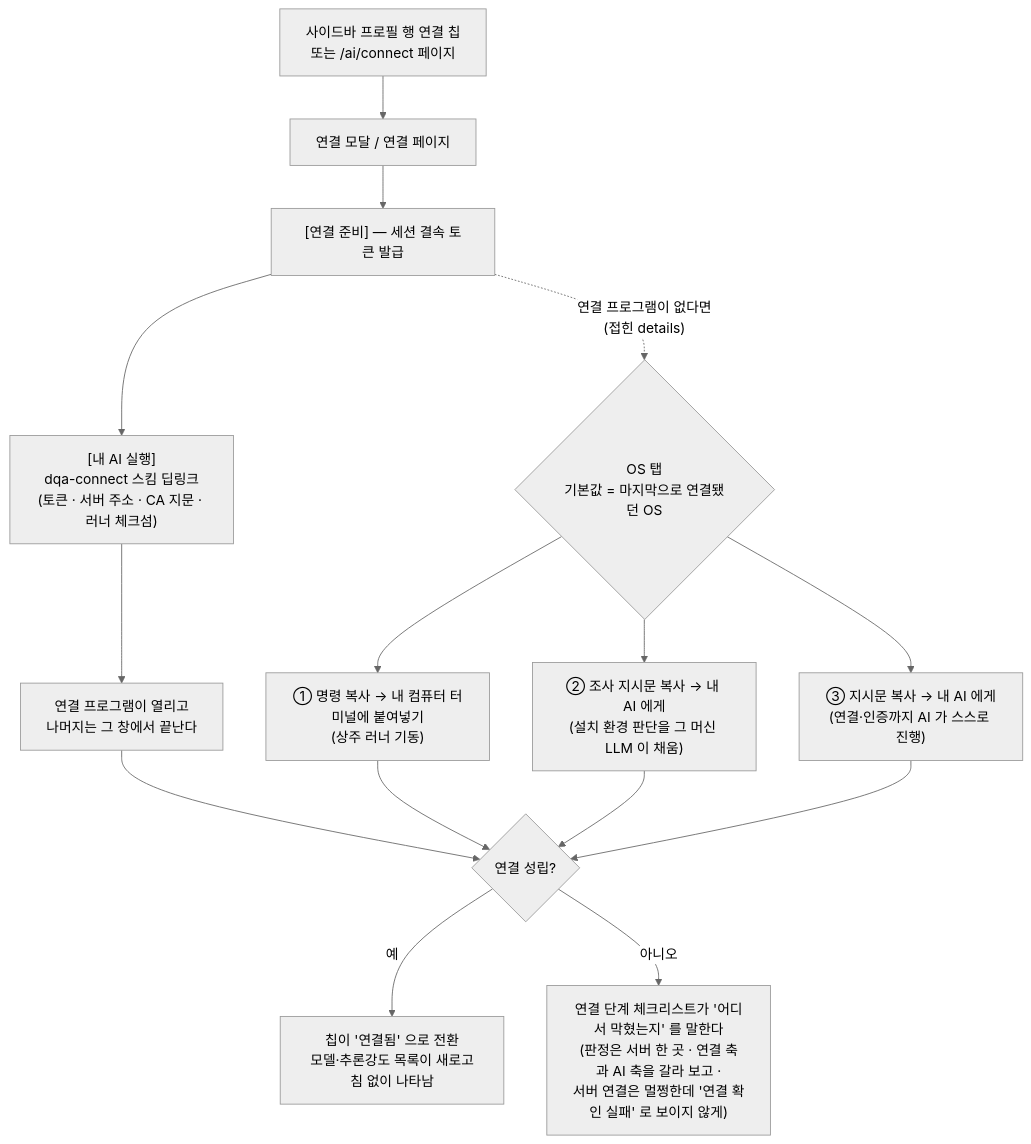
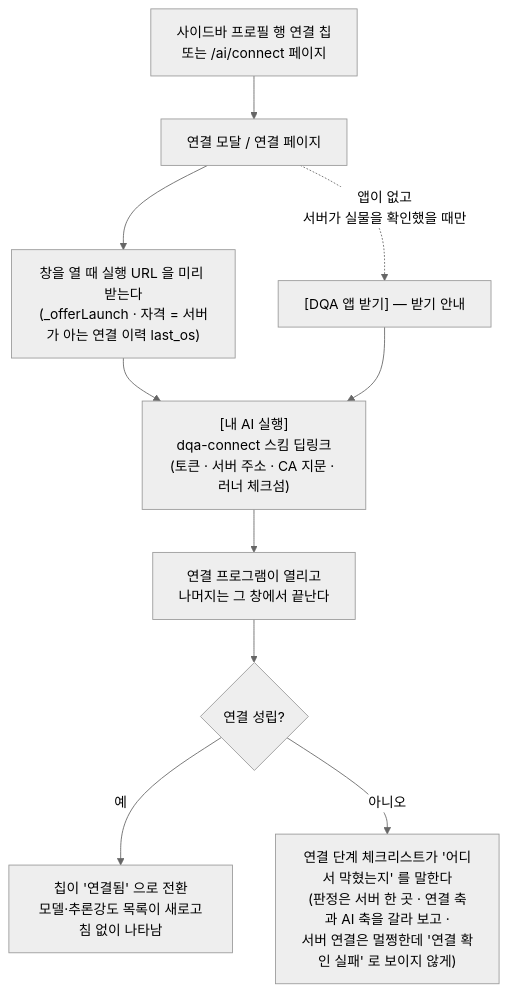
Before and after one commit to msmckimgpt-tech/gstack_dba_ai_assistant: the fourth of 11 diagrams in wiki/Flows/External-AI-Bridge.md, drawn with Mermaid (neutral theme). The commit also changed other lines of this file and 21 other files, not shown here.

````diff
--- a/wiki/Flows/External-AI-Bridge.md
+++ b/wiki/Flows/External-AI-Bridge.md
@@ -154,17 +154,12 @@
 ```mermaid
 flowchart TD
     A["사이드바 프로필 행 연결 칩<br/>또는 /ai/connect 페이지"] --> B["연결 모달 / 연결 페이지"]
-    B --> C["[연결 준비] — 세션 결속 토큰 발급"]
+    B --> C["창을 열 때 실행 URL 을 미리 받는다<br/>(_offerLaunch · 자격 = 서버가 아는 연결 이력 last_os)"]
     C --> K["[내 AI 실행]<br/>dqa-connect 스킴 딥링크<br/>(토큰 · 서버 주소 · CA 지문 · 러너 체크섬)"]
     K --> L["연결 프로그램이 열리고<br/>나머지는 그 창에서 끝난다"]
-    C -.->|"연결 프로그램이 없다면<br/>(접힌 details)"| D{"OS 탭<br/>기본값 = 마지막으로 연결됐던 OS"}
-    D --> E["① 명령 복사 → 내 컴퓨터 터미널에 붙여넣기<br/>(상주 러너 기동)"]
-    D --> F["② 조사 지시문 복사 → 내 AI 에게<br/>(설치 환경 판단을 그 머신 LLM 이 채움)"]
-    D --> G["③ 지시문 복사 → 내 AI 에게<br/>(연결·인증까지 AI 가 스스로 진행)"]
+    B -.->|"앱이 없고<br/>서버가 실물을 확인했을 때만"| G["[DQA 앱 받기] — 받기 안내"]
+    G --> K
     L --> H{"연결 성립?"}
-    E --> H
-    F --> H
-    G --> H
     H -->|예| I["칩이 '연결됨' 으로 전환<br/>모델·추론강도 목록이 새로고침 없이 나타남"]
     H -->|아니오| J["연결 단계 체크리스트가 '어디서 막혔는지' 를 말한다<br/>(판정은 서버 한 곳 · 연결 축과 AI 축을 갈라 보고 ·<br/>서버 연결은 멀쩡한데 '연결 확인 실패' 로 보이지 않게)"]
 ```
````
